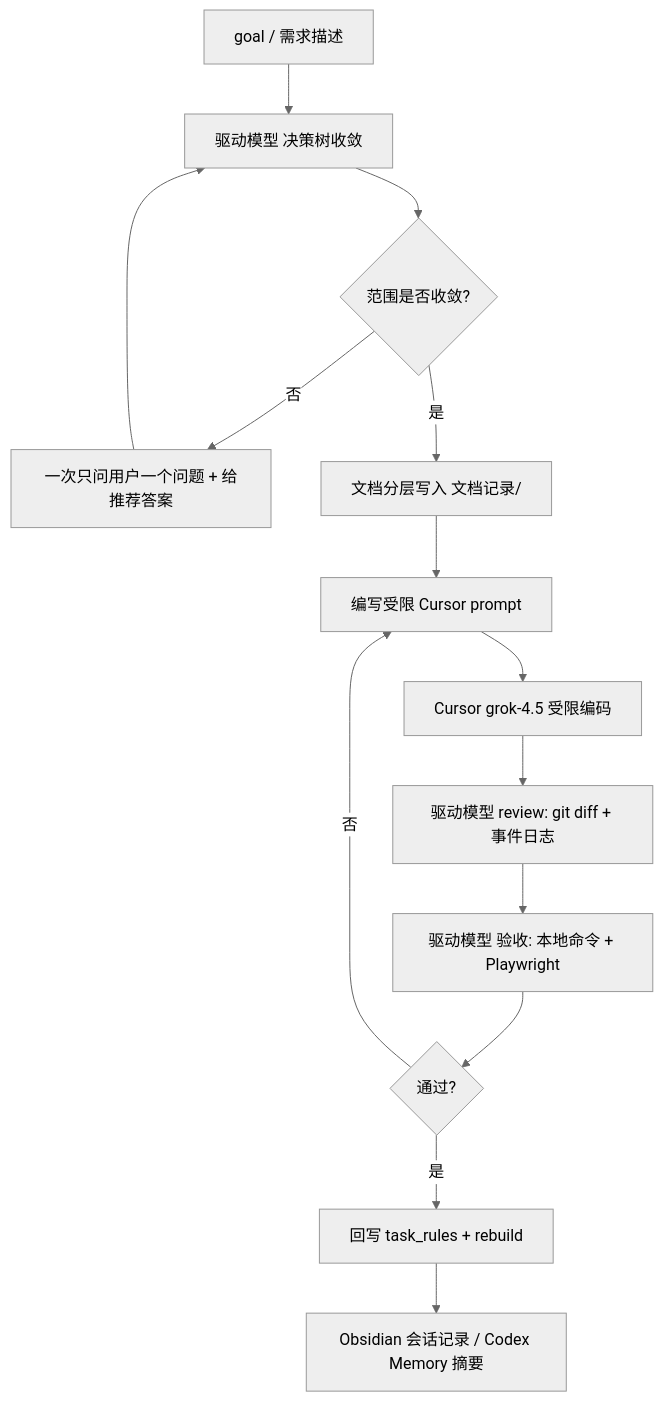
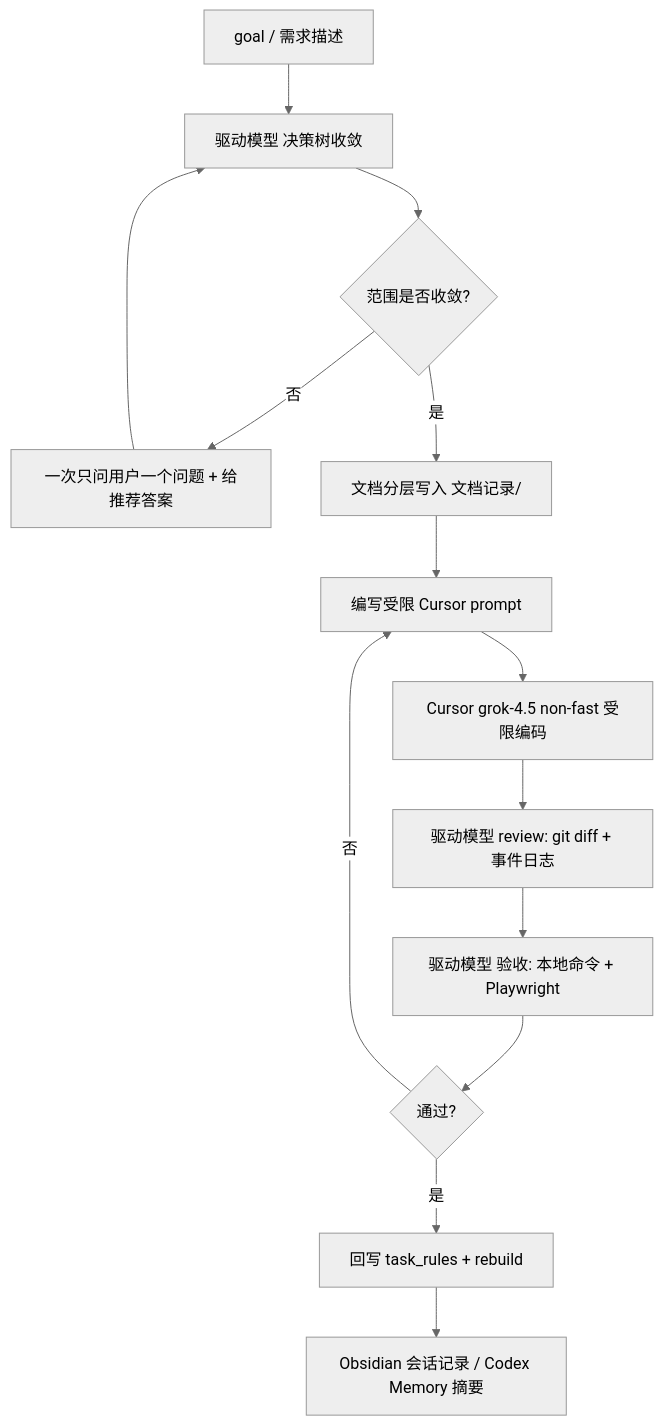
The diagram in 项目设计说明书/06-开发模式与协同流程.md (JeanbartBiubiu/damage_viewer_project_planning), drawn with Mermaid (neutral theme) before and after one commit. The commit also changed other lines of this file and 1 other file, not shown here.

````diff
--- a/项目设计说明书/06-开发模式与协同流程.md
+++ b/项目设计说明书/06-开发模式与协同流程.md
@@ -46,16 +46,16 @@
 ```mermaid
 flowchart TD
     A[goal / 需求描述] --> B[驱动模型 决策树收敛]
     B --> C{范围是否收敛?}
     C -->|否| D[一次只问用户一个问题 + 给推荐答案]
     D --> B
     C -->|是| E[文档分层写入 文档记录/]
     E --> F[编写受限 Cursor prompt]
-    F --> G[Cursor grok-4.5 受限编码]
+    F --> G[Cursor grok-4.5 non-fast 受限编码]
     G --> H[驱动模型 review: git diff + 事件日志]
     H --> I[驱动模型 验收: 本地命令 + Playwright]
     I --> J{通过?}
     J -->|否| F
     J -->|是| K[回写 task_rules + rebuild]
     K --> L[Obsidian 会话记录 / Codex Memory 摘要]
 ```
````
